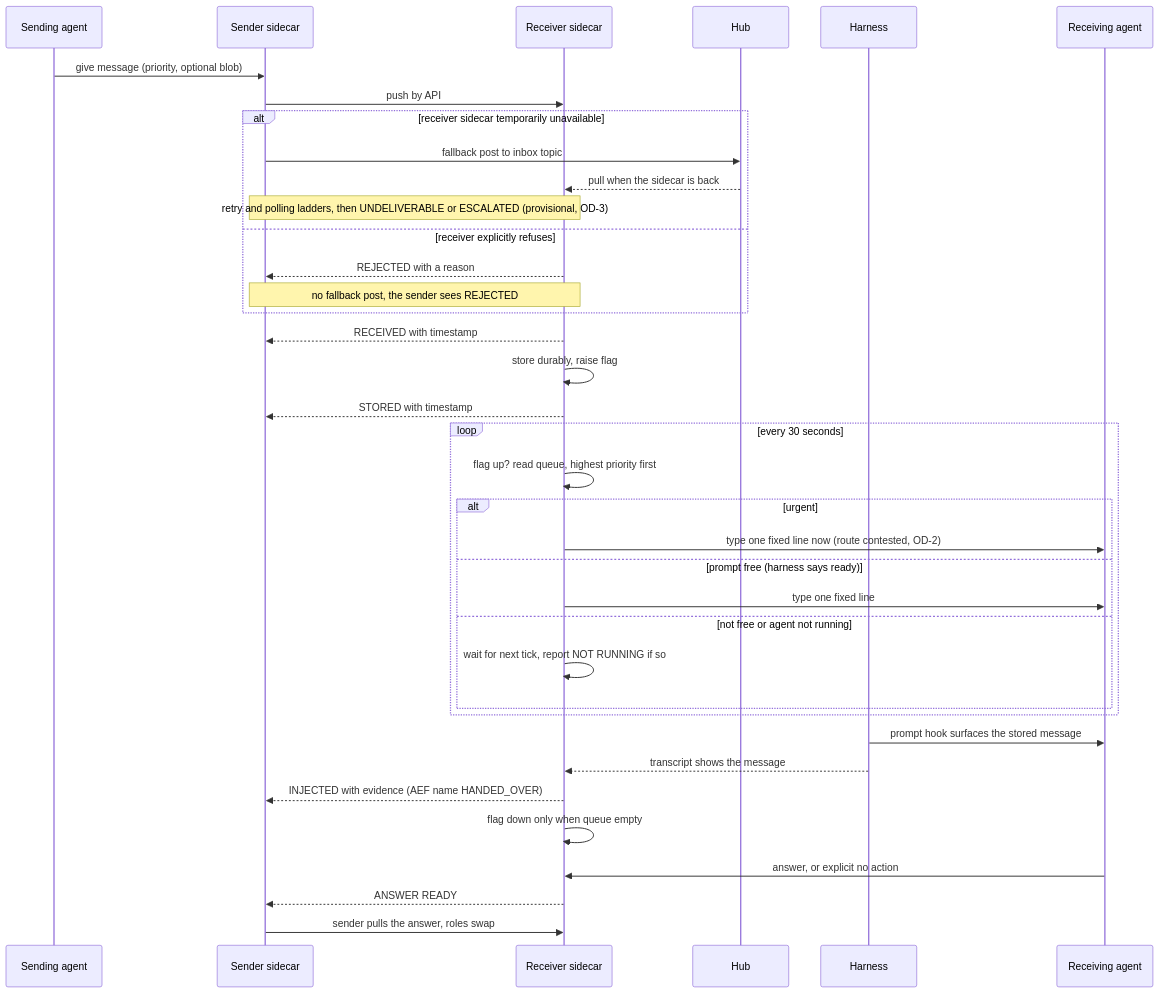
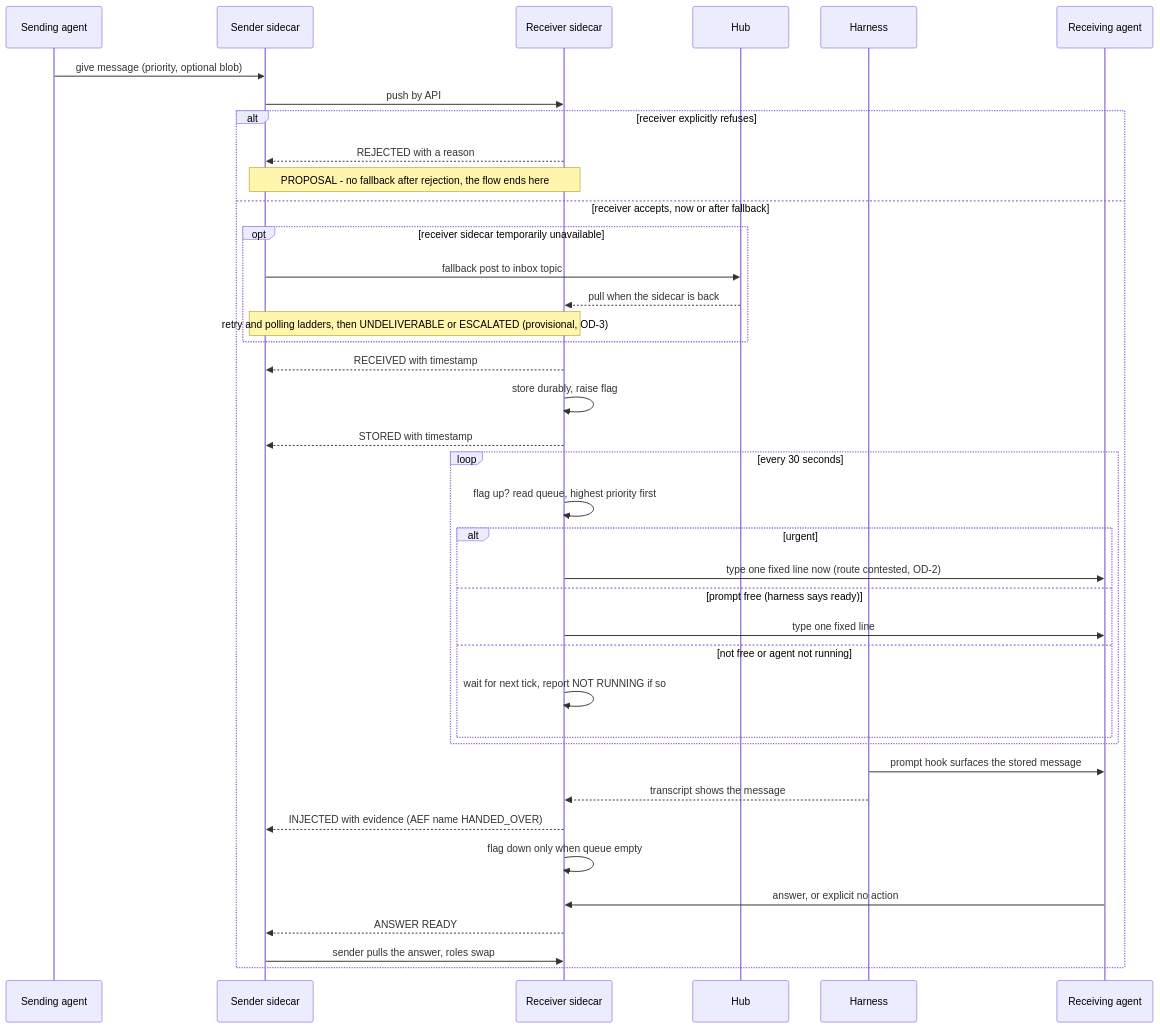
The second of 3 diagrams in docs/design/interactive-agent-communication-01-requirements.md (DimitriGeelen/termlink), drawn with Mermaid before and after one commit. The commit also changed other lines of this file and 1 other file, not shown here.

Commit message:
T-3344: step 1 requirements v0.3, review round 2 small fixes

````diff
--- a/docs/design/interactive-agent-communication-01-requirements.md
+++ b/docs/design/interactive-agent-communication-01-requirements.md
@@ -135,39 +136,41 @@
 ```mermaid
 sequenceDiagram
   participant SND as Sending agent
   participant SS as Sender sidecar
   participant RS as Receiver sidecar
   participant HUB as Hub
   participant HRN as Harness
   participant RCV as Receiving agent
   SND->>SS: give message (priority, optional blob)
   SS->>RS: push by API
-  alt receiver sidecar temporarily unavailable
-    SS->>HUB: fallback post to inbox topic
-    HUB-->>RS: pull when the sidecar is back
-    Note over SS,RS: retry and polling ladders, then UNDELIVERABLE or ESCALATED (provisional, OD-3)
-  else receiver explicitly refuses
+  alt receiver explicitly refuses
     RS-->>SS: REJECTED with a reason
-    Note over SS,RS: no fallback post, the sender sees REJECTED
+    Note over SS,RS: PROPOSAL - no fallback after rejection, the flow ends here
+  else receiver accepts, now or after fallback
+    opt receiver sidecar temporarily unavailable
+      SS->>HUB: fallback post to inbox topic
+      HUB-->>RS: pull when the sidecar is back
+      Note over SS,RS: retry and polling ladders, then UNDELIVERABLE or ESCALATED (provisional, OD-3)
+    end
+    RS-->>SS: RECEIVED with timestamp
+    RS->>RS: store durably, raise flag
+    RS-->>SS: STORED with timestamp
+    loop every 30 seconds
+      RS->>RS: flag up? read queue, highest priority first
+      alt urgent
+        RS->>RCV: type one fixed line now (route contested, OD-2)
+      else prompt free (harness says ready)
+        RS->>RCV: type one fixed line
+      else not free or agent not running
+        RS->>RS: wait for next tick, report NOT RUNNING if so
+      end
+    end
+    HRN->>RCV: prompt hook surfaces the stored message
+    HRN-->>RS: transcript shows the message
+    RS-->>SS: INJECTED with evidence (AEF name HANDED_OVER)
+    RS->>RS: flag down only when queue empty
+    RCV->>RS: answer, or explicit no action
+    RS-->>SS: ANSWER READY
+    SS->>RS: sender pulls the answer, roles swap
   end
-  RS-->>SS: RECEIVED with timestamp
-  RS->>RS: store durably, raise flag
-  RS-->>SS: STORED with timestamp
-  loop every 30 seconds
-    RS->>RS: flag up? read queue, highest priority first
-    alt urgent
-      RS->>RCV: type one fixed line now (route contested, OD-2)
-    else prompt free (harness says ready)
-      RS->>RCV: type one fixed line
-    else not free or agent not running
-      RS->>RS: wait for next tick, report NOT RUNNING if so
-    end
-  end
-  HRN->>RCV: prompt hook surfaces the stored message
-  HRN-->>RS: transcript shows the message
-  RS-->>SS: INJECTED with evidence (AEF name HANDED_OVER)
-  RS->>RS: flag down only when queue empty
-  RCV->>RS: answer, or explicit no action
-  RS-->>SS: ANSWER READY
-  SS->>RS: sender pulls the answer, roles swap
 ```
````
